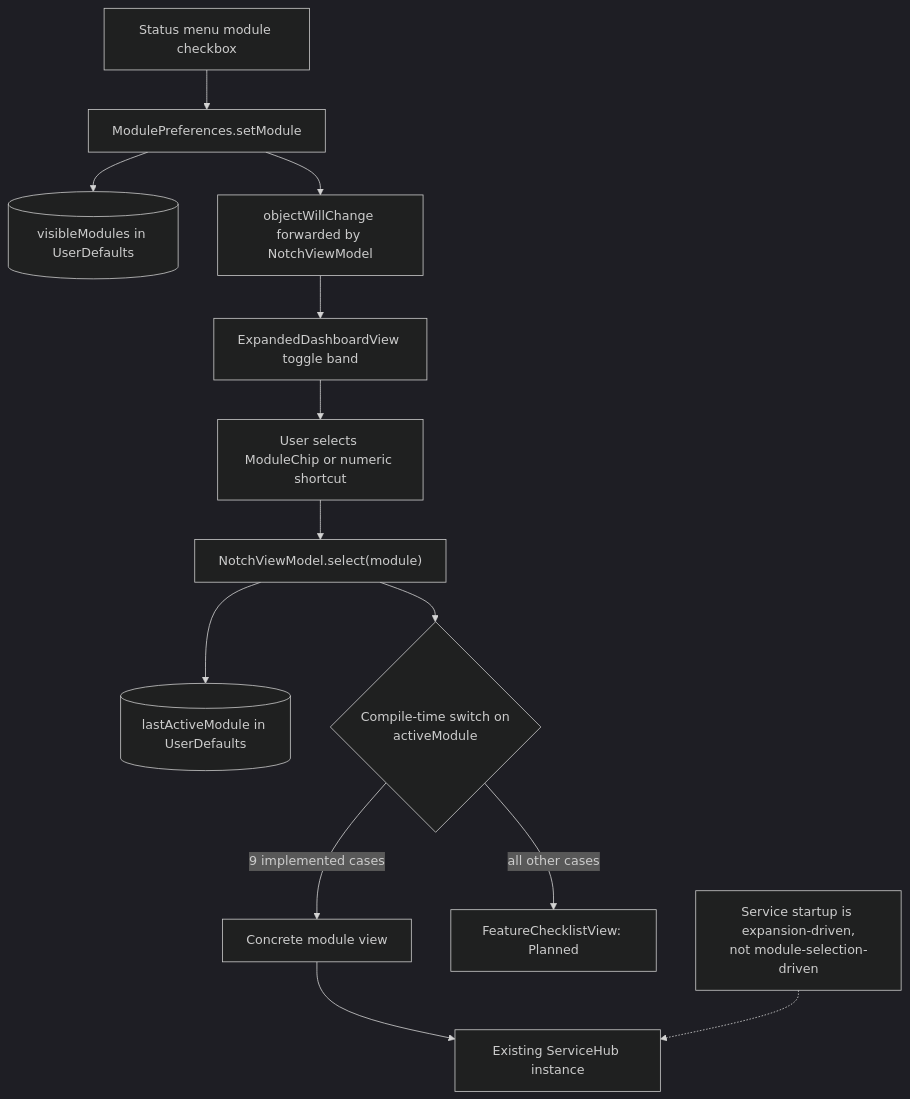
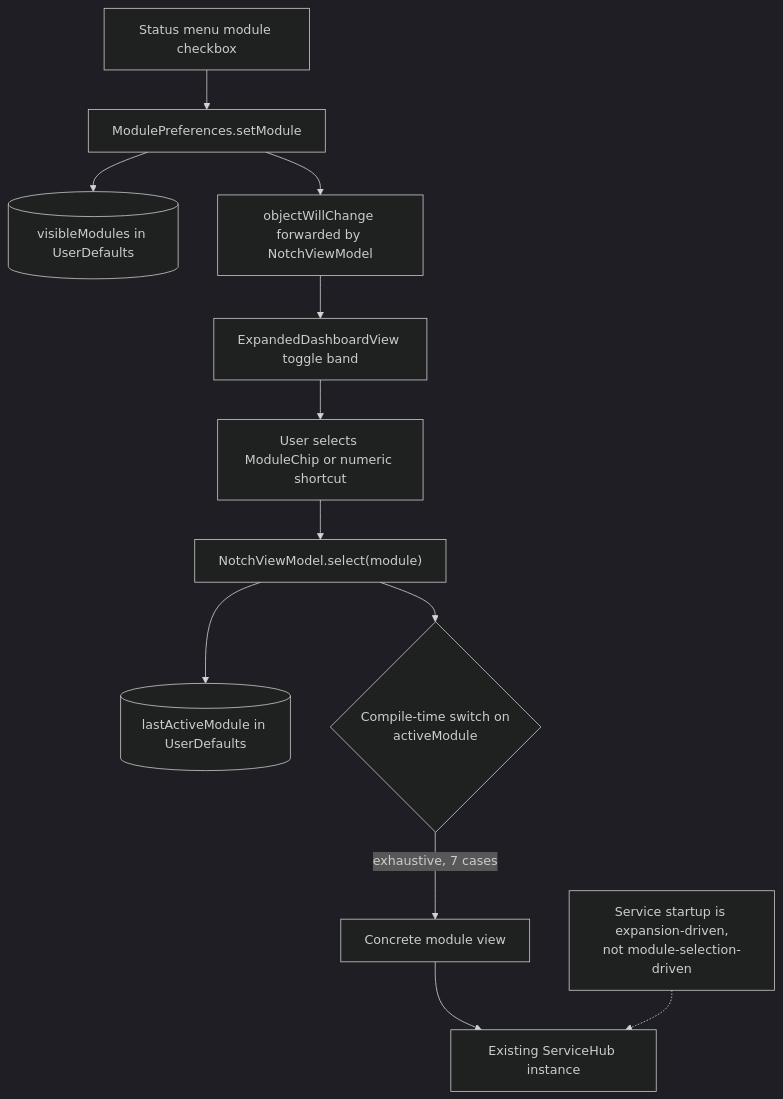
Before and after one commit to Srimi1/Notch-hub: the fifth of 7 diagrams in docs/ARCHITECTURE.md, drawn with Mermaid (dark theme). The commit also changed other lines of this file and 3 other files, not shown here.

````diff
--- a/docs/ARCHITECTURE.md
+++ b/docs/ARCHITECTURE.md
@@ -210,16 +195,15 @@
 ```mermaid
 flowchart TD
     Menu["Status menu module checkbox"] --> Prefs["ModulePreferences.setModule"]
     Prefs --> Defaults[("visibleModules in UserDefaults")]
     Prefs --> Publish["objectWillChange forwarded by NotchViewModel"]
     Publish --> Band["ExpandedDashboardView toggle band"]
     Band --> Chip["User selects ModuleChip or numeric shortcut"]
     Chip --> Select["NotchViewModel.select(module)"]
     Select --> Last[("lastActiveModule in UserDefaults")]
     Select --> Switch{"Compile-time switch on<br/>activeModule"}
-    Switch -->|9 implemented cases| Real["Concrete module view"]
+    Switch -->|exhaustive, 7 cases| Real["Concrete module view"]
     Real --> Existing["Existing ServiceHub instance"]
-    Switch -->|all other cases| Planned["FeatureChecklistView: Planned"]
 
     Note["Service startup is expansion-driven,<br/>not module-selection-driven"] -.-> Existing
 ```
````
